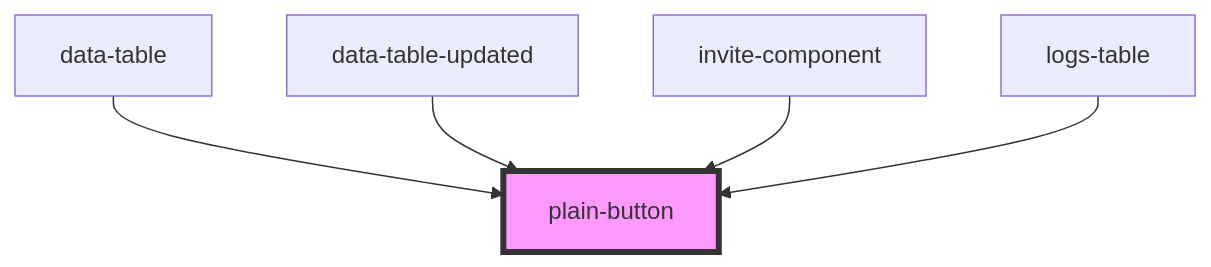
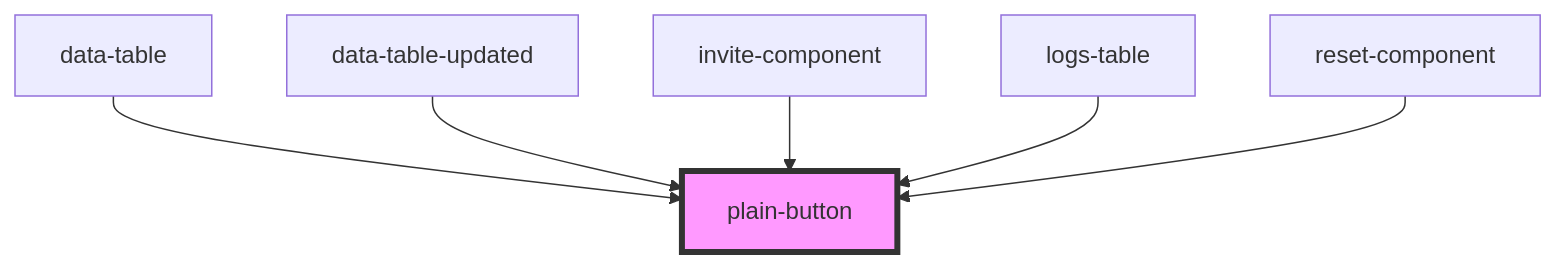
The diagram in src/components/common/plain-button/readme.md (techvariable/NeptuneConnectComponents), drawn with Mermaid before and after one commit. The commit also changed other lines of this file and 6 other files, not shown here.

````diff
--- a/src/components/common/plain-button/readme.md
+++ b/src/components/common/plain-button/readme.md
@@ -31,8 +32,9 @@
 ```mermaid
 graph TD;
   data-table --> plain-button
   data-table-updated --> plain-button
   invite-component --> plain-button
   logs-table --> plain-button
+  reset-component --> plain-button
   style plain-button fill:#f9f,stroke:#333,stroke-width:4px
 ```
````
